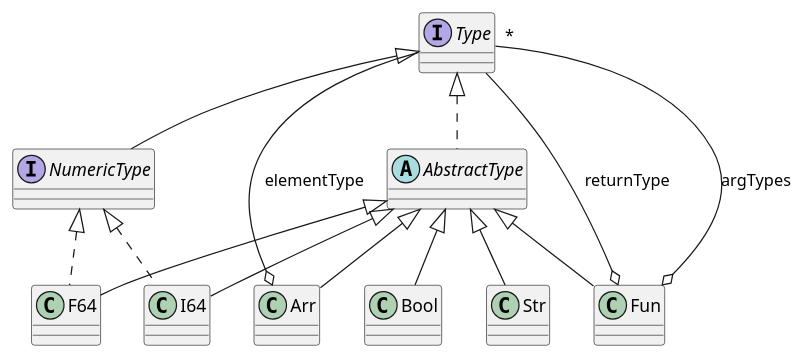
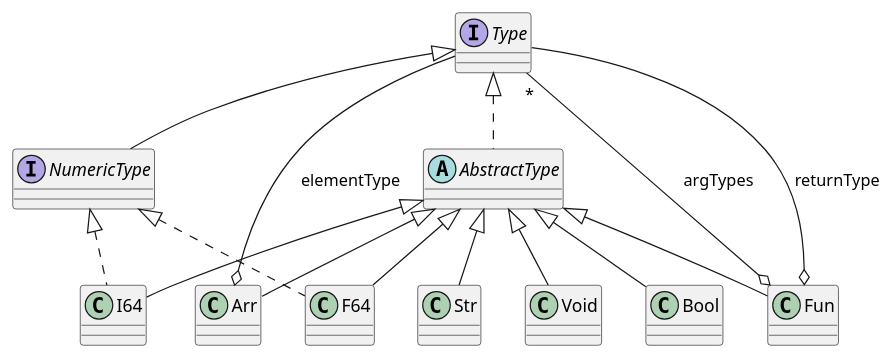
Before and after one commit to dykstrom/jcc: the diagram in docs/diagrams/Types.puml, drawn with PlantUML. The commit also changed 19 other files, not shown here.

```diff
--- a/docs/diagrams/Types.puml
+++ b/docs/diagrams/Types.puml
@@ -1,33 +1,35 @@
 @startuml
 
 interface Type
 interface NumericType
 
 abstract class AbstractType
 
 class Arr
 class Bool
 class F64
 class Fun
 class I64
 class Str
+class Void
 
 Type <|-- NumericType
 Type <|.. AbstractType
 
 NumericType <|.. F64
 NumericType <|.. I64
 
 AbstractType <|-- Arr
 AbstractType <|-- Bool
 AbstractType <|-- F64
 AbstractType <|-- Fun
 AbstractType <|-- I64
 AbstractType <|-- Str
+AbstractType <|-- Void
 
 Arr o-- Type : elementType
 
 Fun o-- "*" Type : argTypes
 Fun o-- Type : returnType
 
 @enduml
```
